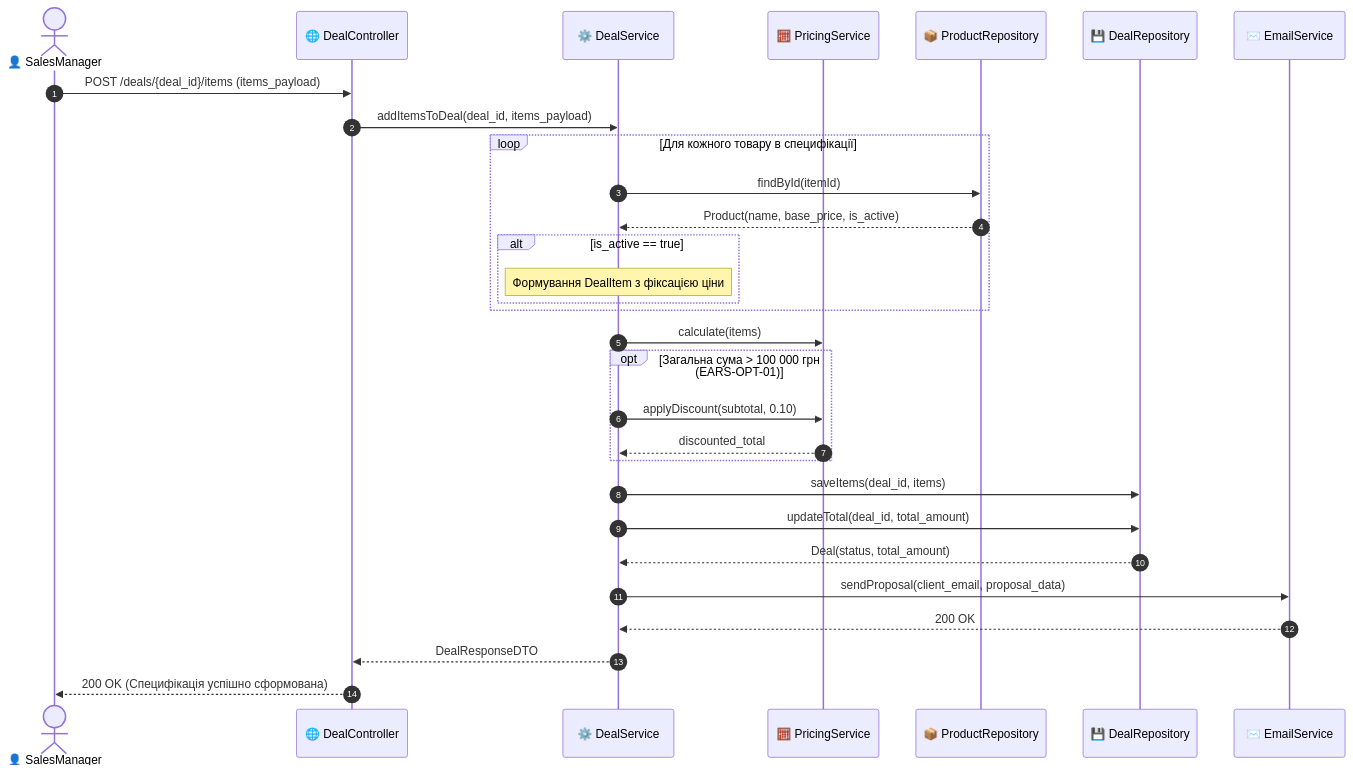
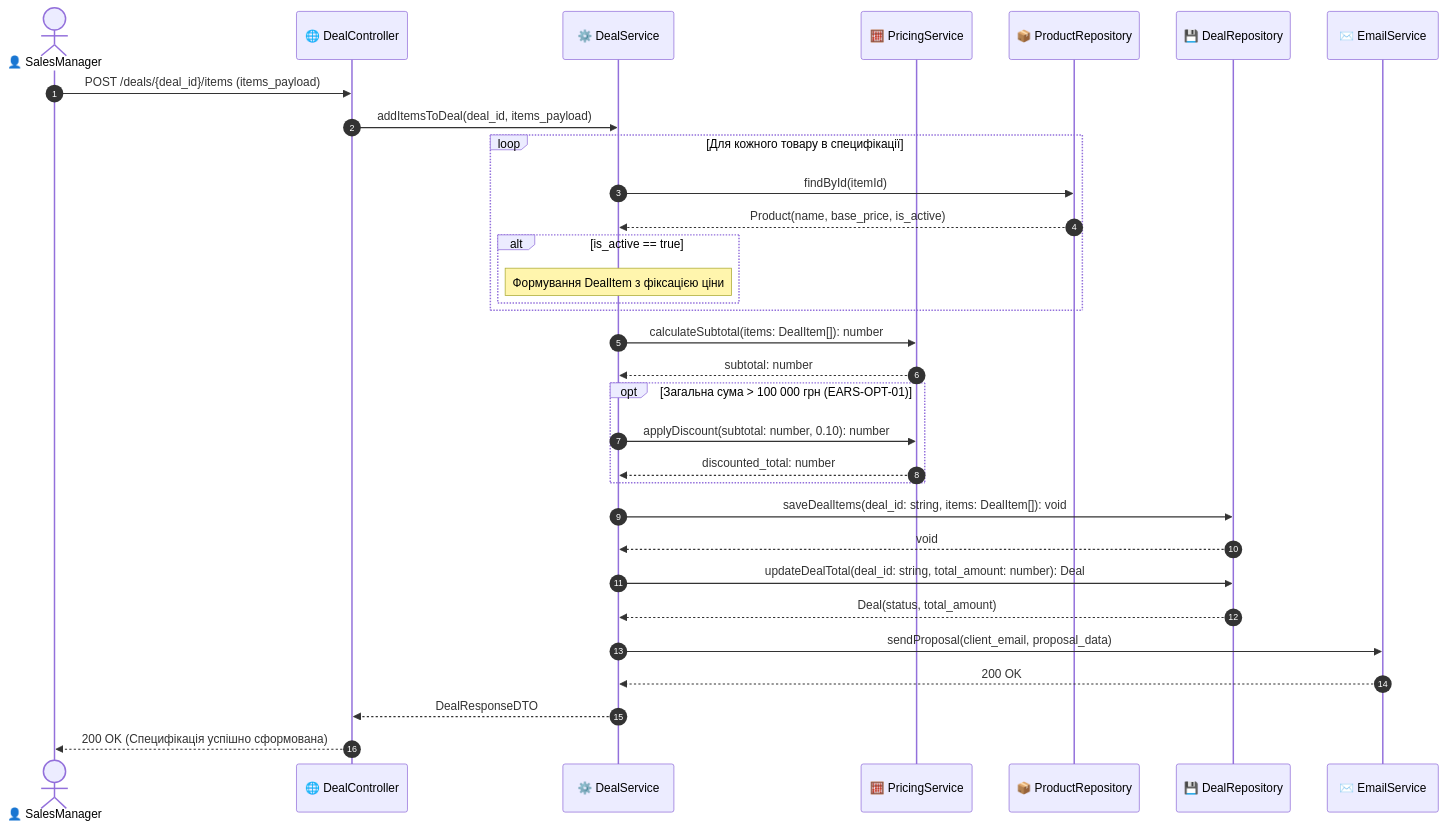
The diagram in Lab 3/model.mermaid (young3rrrr/KPI), drawn with Mermaid before and after one commit. The commit also changed 2 other files, not shown here.

Commit message:
fix(spec): enforce return arrows and explicit typed method signatures in sequence diagram

```diff
--- a/Lab 3/model.mermaid
+++ b/Lab 3/model.mermaid
@@ -1,42 +1,44 @@
 sequenceDiagram
     autonumber
     actor Manager as 👤 SalesManager
     participant Controller as 🌐 DealController
     participant Service as ⚙️ DealService
     participant Pricing as 🧮 PricingService
     participant ProdRepo as 📦 ProductRepository
     participant DealRepo as 💾 DealRepository
     participant Email as ✉️ EmailService
 
     Manager ->> Controller: POST /deals/{deal_id}/items (items_payload)
     Controller ->> Service: addItemsToDeal(deal_id, items_payload)
 
     %% Цикл по товарах (з дефектом D-03: назви itemId, cost)
     loop Для кожного товару в специфікації
         Service ->> ProdRepo: findById(itemId)
         ProdRepo -->> Service: Product(name, base_price, is_active)
         %% Блок перевірки (з дефектом D-02: відсутня гілка else)
         alt is_active == true
             Note over Service: Формування DealItem з фіксацією ціни
         end
     end
 
-    %% Розрахунок вартості (з дефектом D-01: відсутня return-стрілка та типізація)
-    Service ->> Pricing: calculate(items)
+    %% Розрахунок вартості
+    Service ->> Pricing: calculateSubtotal(items: DealItem[]): number
+    Pricing -->> Service: subtotal: number
 
     opt Загальна сума > 100 000 грн (EARS-OPT-01)
-        Service ->> Pricing: applyDiscount(subtotal, 0.10)
-        Pricing -->> Service: discounted_total
+        Service ->> Pricing: applyDiscount(subtotal: number, 0.10): number
+        Pricing -->> Service: discounted_total: number
     end
 
-    %% Збереження (з дефектом D-01: відсутня return-стрілка)
-    Service ->> DealRepo: saveItems(deal_id, items)
-    Service ->> DealRepo: updateTotal(deal_id, total_amount)
+    %% Збереження позицій та оновлення суми угоди
+    Service ->> DealRepo: saveDealItems(deal_id: string, items: DealItem[]): void
+    DealRepo -->> Service: void
+    Service ->> DealRepo: updateDealTotal(deal_id: string, total_amount: number): Deal
     DealRepo -->> Service: Deal(status, total_amount)
 
     %% Асинхронна відправка комерційної пропозиції
     Service ->> Email: sendProposal(client_email, proposal_data)
     Email -->> Service: 200 OK
 
     Service -->> Controller: DealResponseDTO
     Controller -->> Manager: 200 OK (Специфікація успішно сформована)
```
